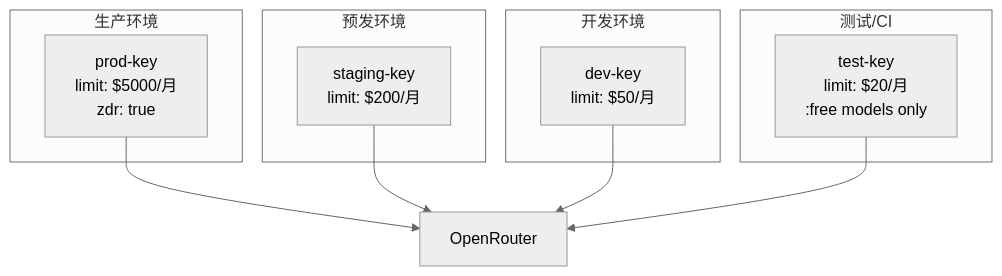
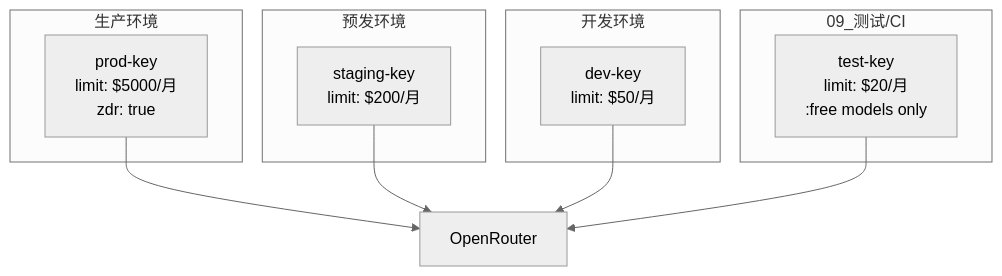
One commit to CloudManHQ/CloudMaster changed the first of 2 diagrams in 16_编程/08_OpenRouter/12-openrouter-enterprise-advanced.md. Above: the diagram before and after it, drawn with Mermaid (neutral theme). The commit also changed other lines of this file and 2204 other files, not shown here.

````diff
--- a/16_编程/08_OpenRouter/12-openrouter-enterprise-advanced.md
+++ b/16_编程/08_OpenRouter/12-openrouter-enterprise-advanced.md
@@ -166,23 +166,23 @@
 ```mermaid
 graph TB
     subgraph Production["生产环境"]
         P_KEY["prod-key<br/>limit: $5000/月<br/>zdr: true"]
     end
 
     subgraph Staging["预发环境"]
         S_KEY["staging-key<br/>limit: $200/月"]
     end
 
     subgraph Development["开发环境"]
         D_KEY["dev-key<br/>limit: $50/月"]
     end
 
-    subgraph Testing["测试/CI"]
+    subgraph Testing["09_测试/CI"]
         T_KEY["test-key<br/>limit: $20/月<br/>:free models only"]
     end
 
     P_KEY --> OR[OpenRouter]
     S_KEY --> OR
     D_KEY --> OR
     T_KEY --> OR
 ```
````
